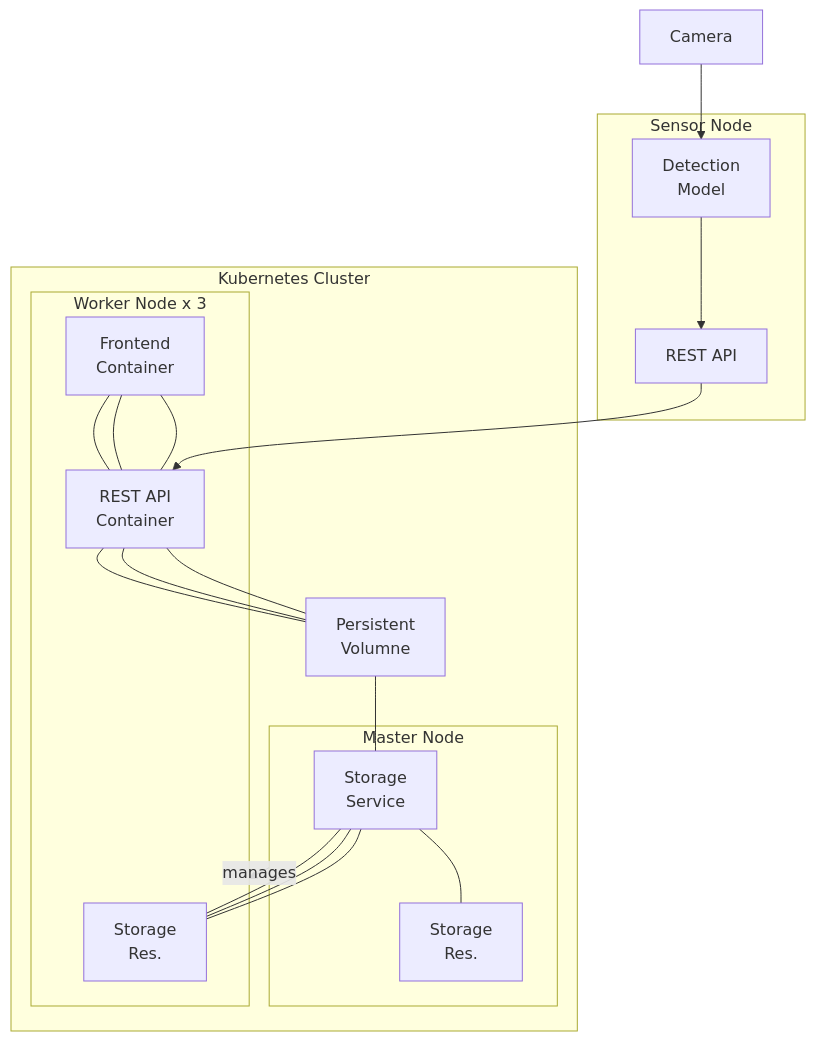
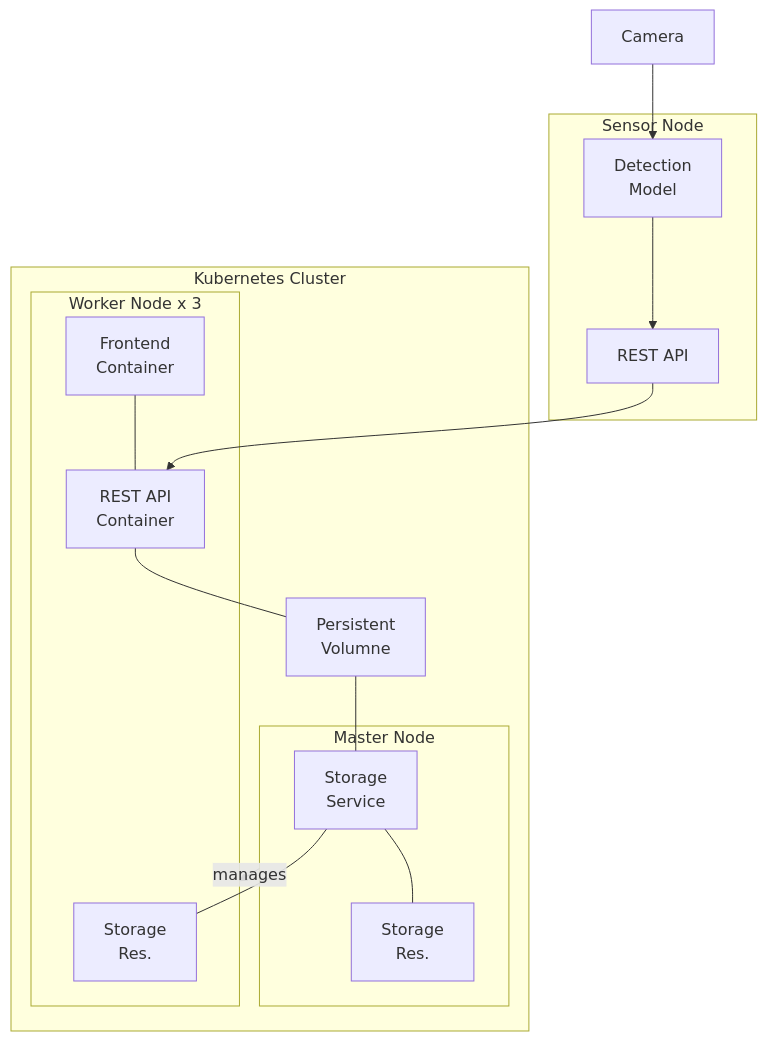
One commit to ccfrauasgr2/pet-detection changed the first of 2 diagrams in docs/Group_2_SS23_ProjectReport.md. Above: the diagram before and after it, drawn with Mermaid.

Commit message:
chore: simplified architecture

````diff
--- a/docs/Group_2_SS23_ProjectReport.md
+++ b/docs/Group_2_SS23_ProjectReport.md
@@ -46,30 +46,29 @@
 ```mermaid
 flowchart TD
   camera[Camera]
 
   subgraph sensornode[Sensor Node]
     sensorNodeAPI[REST API]
     model[Detection\nModel]
   end
 
   subgraph cluster[Kubernetes Cluster]
 
     subgraph masterNode[Master Node]
       storageService[Storage\nService]
       masterStorage[Storage\nRes.]
     end
 
     subgraph workerNode1[Worker Node x 3]
       workerStorage1[Storage\nRes.]
       restapiContainer1[REST API\nContainer]
       frontendContainer1[Frontend\nContainer]
     end
 
     persistentVolumne[Persistent\nVolumne]
   end
 
   masterNode --manages--> workerNode1
-  frontendContainer1 --- restapiContainer1 & restapiContainer1 & restapiContainer1
-  camera --> model --> sensorNodeAPI --> restapiContainer1 --- persistentVolumne --- storageService --- masterStorage & workerStorage1 & workerStorage1 & workerStorage1
-  restapiContainer1 & restapiContainer1 --- persistentVolumne
+  frontendContainer1 --- restapiContainer1
+  camera --> model --> sensorNodeAPI --> restapiContainer1 --- persistentVolumne --- storageService --- masterStorage & workerStorage1 
 ```
````
